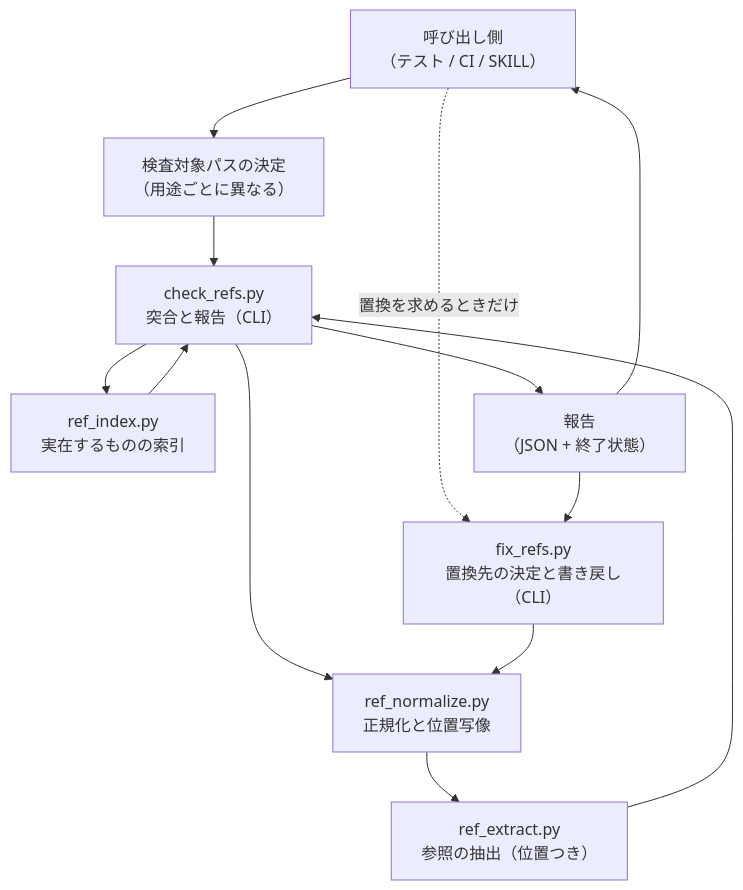
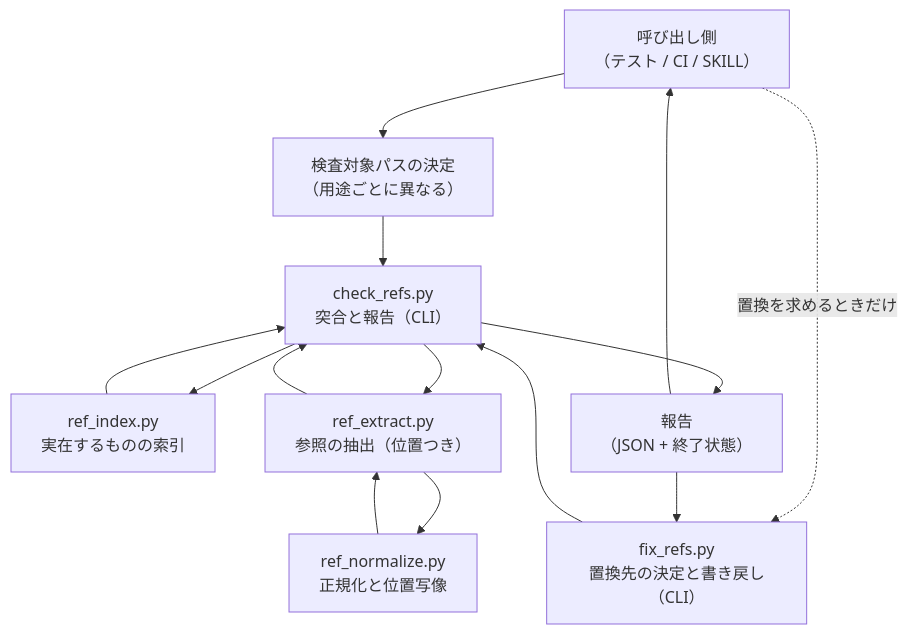
The first of 3 diagrams in docs/specs/forge/doc-reference-integrity/design/DES-081_doc_reference_integrity_design.md (BlueEventHorizon/bw-cc-plugins), drawn with Mermaid before and after one commit. The commit also changed other lines of this file and 13 other files, not shown here.

````diff
--- a/docs/specs/forge/doc-reference-integrity/design/DES-081_doc_reference_integrity_design.md
+++ b/docs/specs/forge/doc-reference-integrity/design/DES-081_doc_reference_integrity_design.md
@@ -70,24 +106,25 @@
 ```mermaid
 flowchart TB
     Caller["呼び出し側<br/>（テスト / CI / SKILL）"]
     Paths["検査対象パスの決定<br/>（用途ごとに異なる）"]
     Norm["ref_normalize.py<br/>正規化と位置写像"]
     Index["ref_index.py<br/>実在するものの索引"]
     Extract["ref_extract.py<br/>参照の抽出（位置つき）"]
     Check["check_refs.py<br/>突合と報告（CLI）"]
     Fix["fix_refs.py<br/>置換先の決定と書き戻し（CLI）"]
     Report["報告<br/>（JSON + 終了状態）"]
 
     Caller --> Paths
     Paths --> Check
     Check --> Index
-    Check --> Norm
+    Check --> Extract
+    Extract --> Norm
     Norm --> Extract
     Extract --> Check
     Index --> Check
     Check --> Report
     Report --> Caller
     Caller -.->|置換を求めるときだけ| Fix
+    Fix --> Check
     Report --> Fix
-    Fix --> Norm
 ```
````
